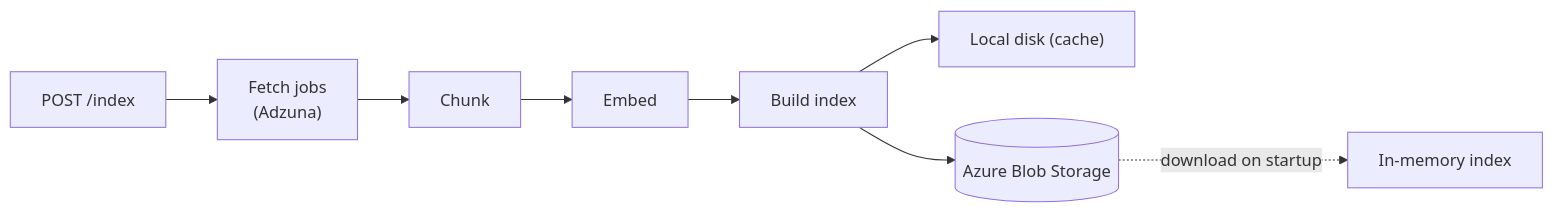
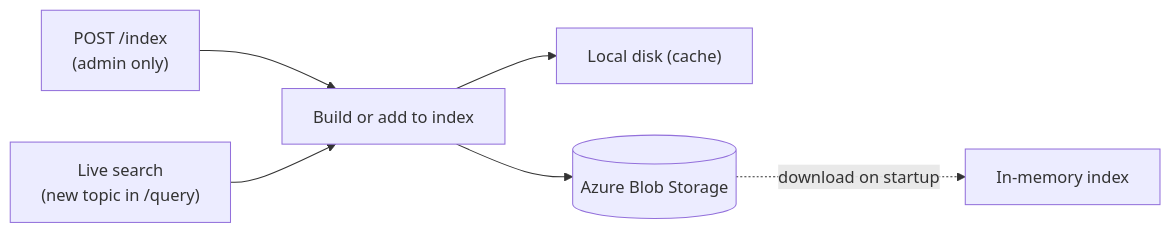
One commit to melbinmv/jobsense changed the third of 4 diagrams in README.md. Above: the diagram before and after it, drawn with Mermaid. The commit also changed other lines of this file, not shown here.

````diff
--- a/README.md
+++ b/README.md
@@ -60,10 +69,8 @@
 ```mermaid
 flowchart LR
-    I["POST /index"] --> F["Fetch jobs<br/>(Adzuna)"]
-    F --> C["Chunk"]
-    C --> EM["Embed"]
-    EM --> B["Build index"]
+    I["POST /index<br/>(admin only)"] --> B["Build or add to index"]
+    L["Live search<br/>(new topic in /query)"] --> B
     B --> D["Local disk (cache)"]
     B --> BL[("Azure Blob Storage")]
     BL -.->|"download on startup"| M["In-memory index"]
 ```
````
